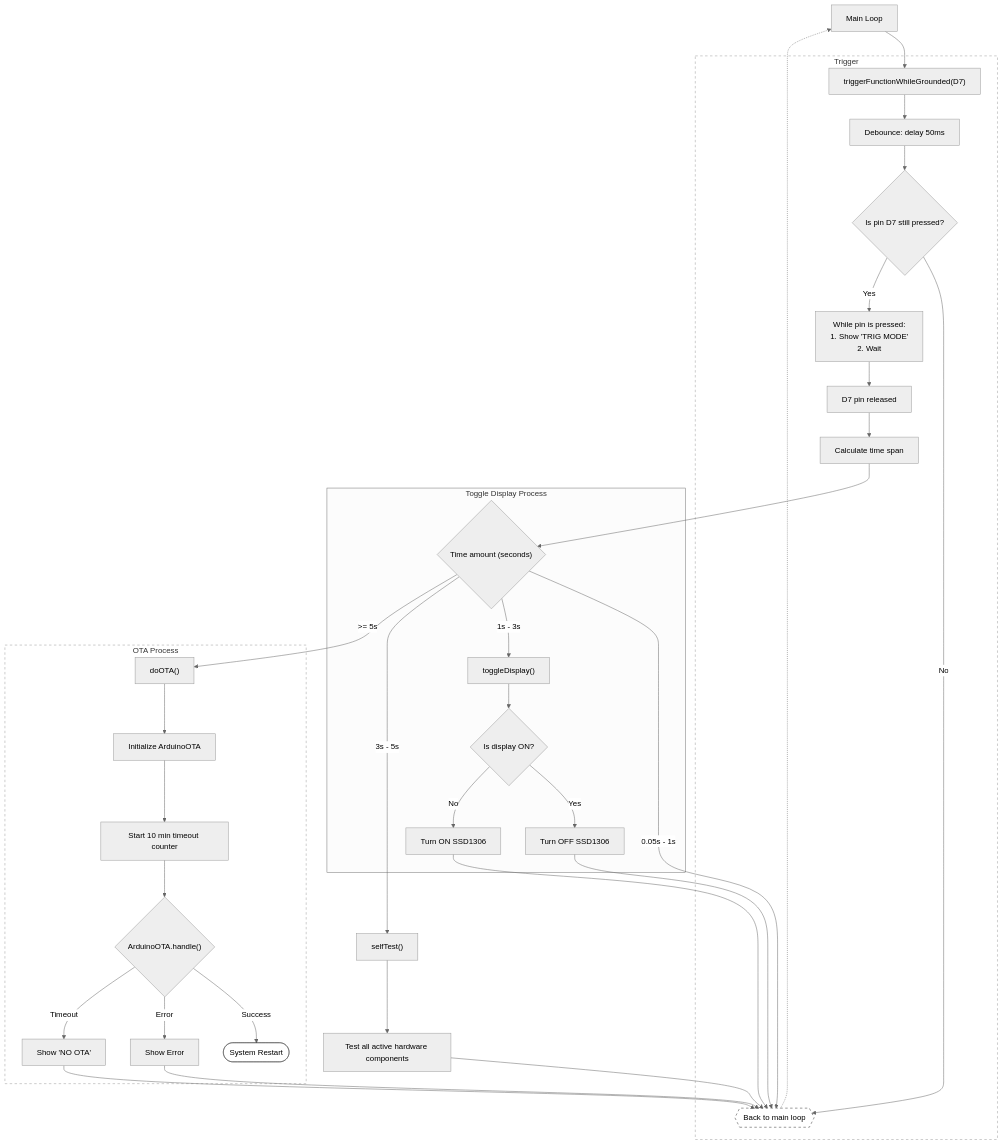
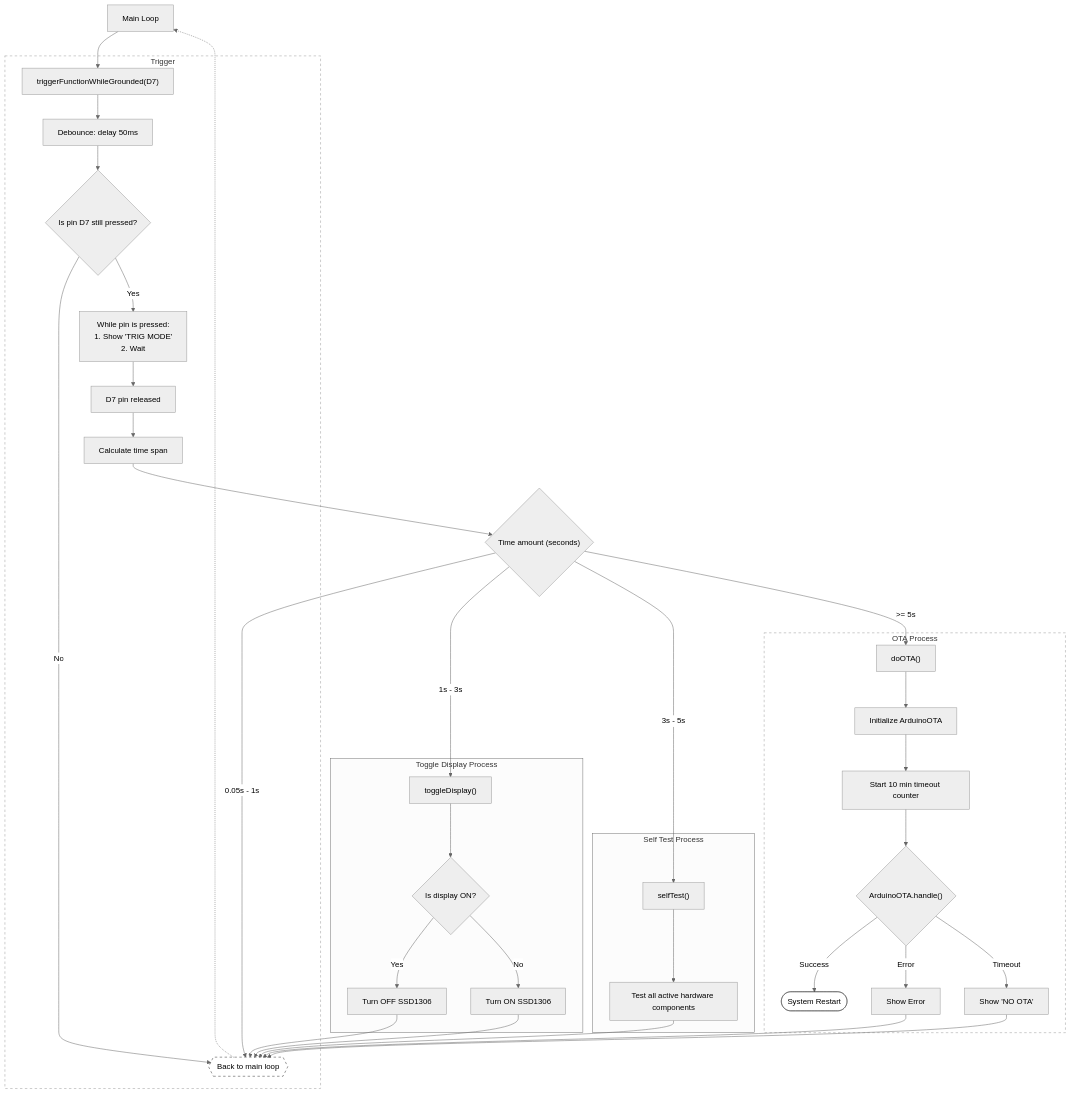
Before and after one commit to frnmst/esp8266-iot-gas-detector: the diagram in README.md, drawn with Mermaid (neutral theme).

````diff
--- a/README.md
+++ b/README.md
@@ -39,62 +40,62 @@
 ```mermaid
 flowchart TD
     %% Main Entry
     MainLoop[Main Loop] --> TriggerFunc["triggerFunctionWhileGrounded(D7)"]
     
     %% Exit/Return Point (Logical link)
     EndLoop{{Back to main loop}} -.-> MainLoop
 
     subgraph TriggerFunction ["Trigger"]
         TriggerFunc --> Debounce[Debounce: delay 50ms]
         Debounce --> IsGrounded{Is pin D7 still pressed?}
         
         IsGrounded -- No --> EndLoop
         
         IsGrounded -- Yes --> WaitRelease["While pin is pressed:<br/>1. Show 'TRIG MODE'<br/>2. Wait"]
         WaitRelease --> Released[D7 pin released]
         Released --> Measure[Calculate time span]
     end
 
     %% Decision Tree
     Measure --> B7{"Time amount (seconds)"}
 
     %% 0. Not enough trigger time
     B7 -->|0.05s - 1s| EndLoop
 
     %% 1. toggleDisplay
-        subgraph ToggleDisplayLogic [Toggle Display Process]
-        B7 -->|1s - 3s| C7["toggleDisplay()"]
+    B7 -->|1s - 3s| C7["toggleDisplay()"]
+    subgraph ToggleDisplayLogic [Toggle Display Process]
         C7 --> C7_Dec{Is display ON?}
         C7_Dec -->|Yes| C7_Off[Turn OFF SSD1306]
         C7_Dec -->|No| C7_On[Turn ON SSD1306]
         C7_Off & C7_On --> EndLoop
     end
 
     %% 2. selfTest
     B7 -->|3s - 5s| D7_Fn["selfTest()"]
-    D7_Fn --> D7_Run[Test all active hardware components]
-    D7_Run --> EndLoop
+    subgraph SelfTestLogic [Self Test Process]
+        D7_Fn --> D7_Run[Test all active hardware components]
+        D7_Run --> EndLoop
+    end
 
     %% 3. doOTA
     B7 -->|>= 5s| E7["doOTA()"]
-    
     subgraph OTALogic [OTA Process]
         E7 --> E7_Setup["Initialize ArduinoOTA"]
         E7_Setup --> E7_Wait["Start 10 min timeout counter"]
         E7_Wait --> E7_Loop{"ArduinoOTA.handle()"}
         
         E7_Loop -->|Success| E7_Restart([System Restart])
         
         E7_Loop -->|Error| E7_Err[Show Error]
         E7_Loop -->|Timeout| E7_Tout["Show 'NO OTA'"]
     end
-
     E7_Err & E7_Tout --> EndLoop
 
     %% Styling
     %% style MainLoop fill:none,stroke:#333,stroke-width:2px
     style EndLoop fill:none,stroke:#333,stroke-dasharray: 5 5
     style E7_Restart fill:none,stroke:#333
     style TriggerFunction fill:none,stroke:#999,stroke-dasharray: 5 5
     style OTALogic fill:none,stroke:#999,stroke-dasharray: 5 5
 ```
````
